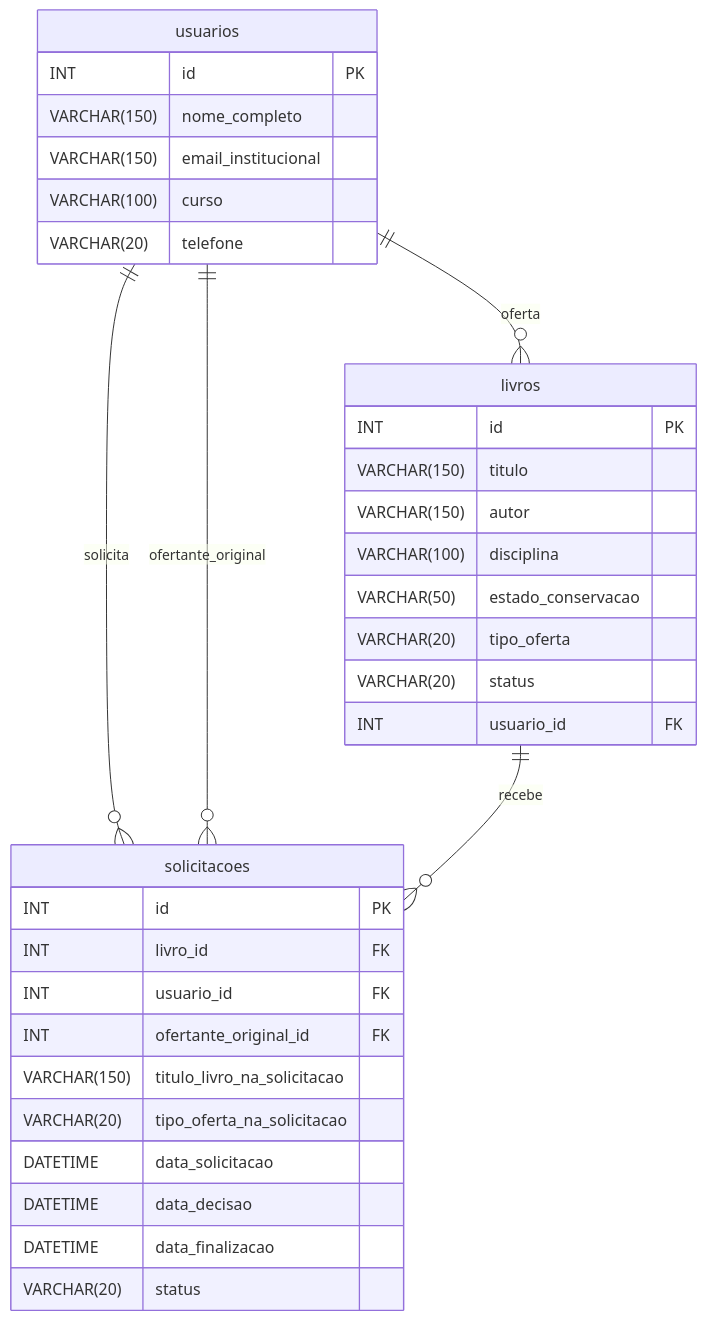
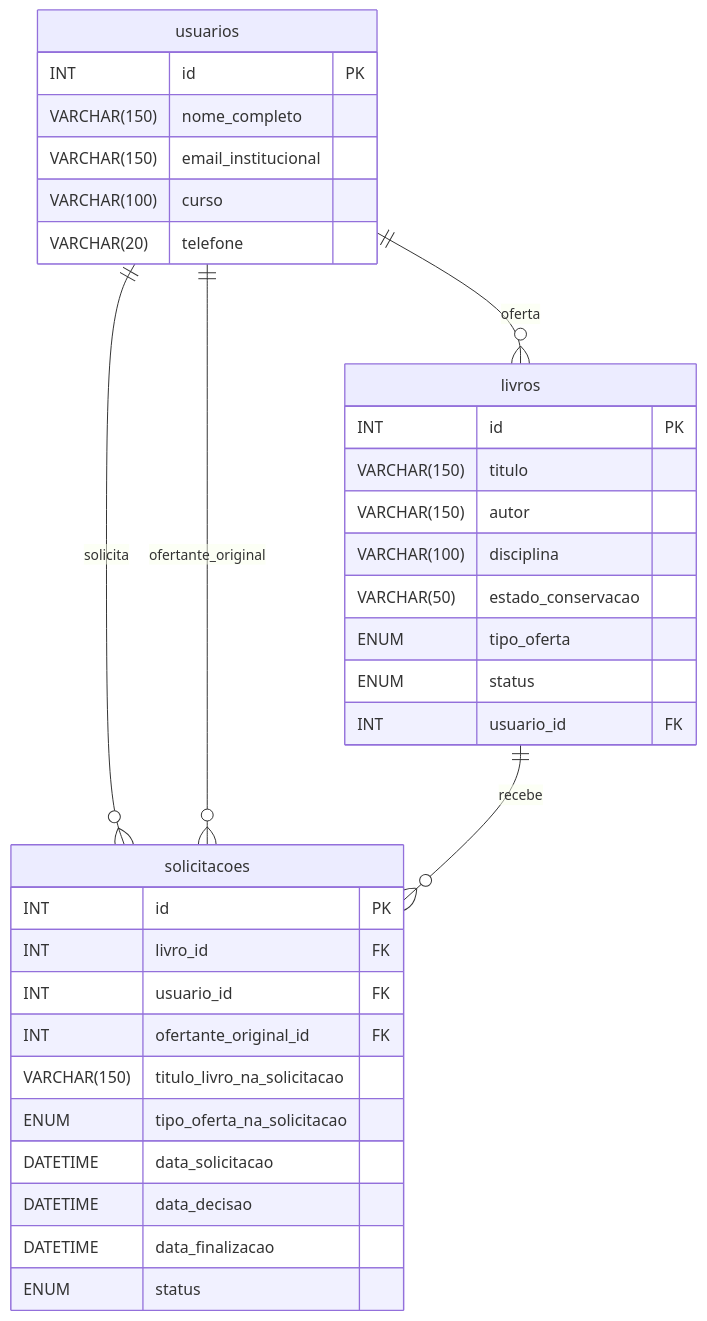
Before and after one commit to Caua-07/aep-ESOFT4SNB: the second of 2 diagrams in docs/diagramas.md, drawn with Mermaid. The commit also changed other lines of this file and 6 other files, not shown here.

````diff
--- a/docs/diagramas.md
+++ b/docs/diagramas.md
@@ -61,37 +65,37 @@
 ```mermaid
 erDiagram
     usuarios ||--o{ livros : oferta
     usuarios ||--o{ solicitacoes : solicita
     usuarios ||--o{ solicitacoes : ofertante_original
     livros ||--o{ solicitacoes : recebe
 
     usuarios {
         INT id PK
         VARCHAR(150) nome_completo
         VARCHAR(150) email_institucional
         VARCHAR(100) curso
         VARCHAR(20) telefone
     }
     livros {
         INT id PK
         VARCHAR(150) titulo
         VARCHAR(150) autor
         VARCHAR(100) disciplina
         VARCHAR(50) estado_conservacao
-        VARCHAR(20) tipo_oferta
-        VARCHAR(20) status
+        ENUM tipo_oferta
+        ENUM status
         INT usuario_id FK
     }
     solicitacoes {
         INT id PK
         INT livro_id FK
         INT usuario_id FK
         INT ofertante_original_id FK
         VARCHAR(150) titulo_livro_na_solicitacao
-        VARCHAR(20) tipo_oferta_na_solicitacao
+        ENUM tipo_oferta_na_solicitacao
         DATETIME data_solicitacao
         DATETIME data_decisao
         DATETIME data_finalizacao
-        VARCHAR(20) status
+        ENUM status
     }
 ```
````
